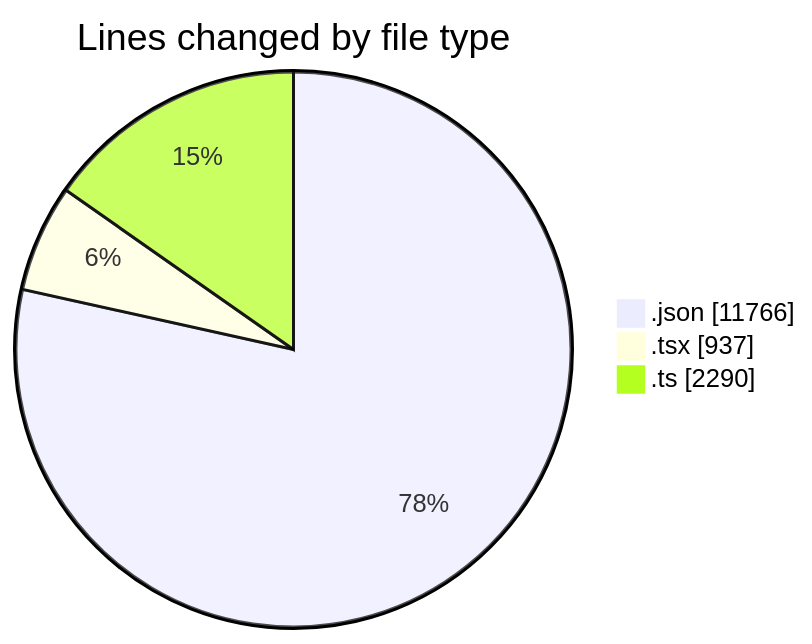
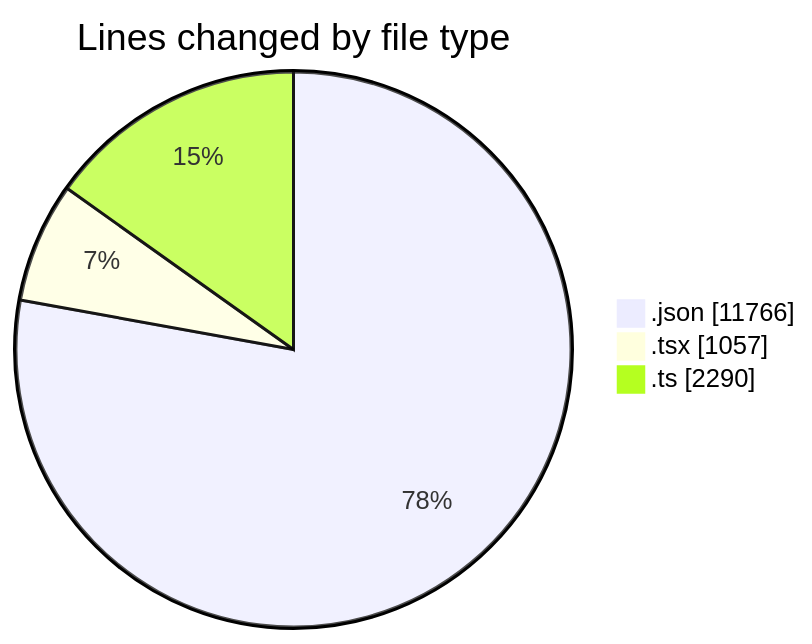
The first of 2 diagrams in 2026-04-16/airfeed-analytics-dashboard/README.md (nxtqubesakshisongat/code-tracking), drawn with Mermaid before and after one commit. The commit also changed other lines of this file and 1 other file, not shown here.

````diff
--- a/2026-04-16/airfeed-analytics-dashboard/README.md
+++ b/2026-04-16/airfeed-analytics-dashboard/README.md
@@ -32,7 +33,7 @@
 ```mermaid
 pie showData
 title Lines changed by file type
 ".json" : 11766
-".tsx" : 937
+".tsx" : 1057
 ".ts" : 2290
 ```
````
